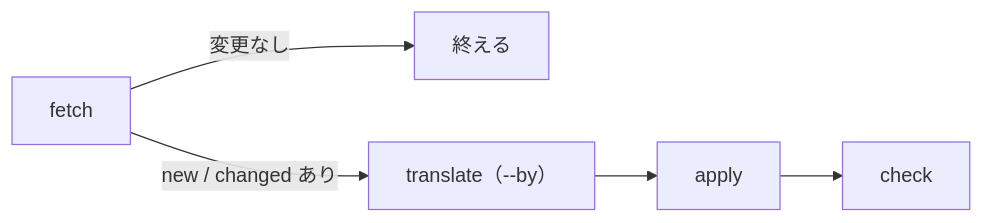
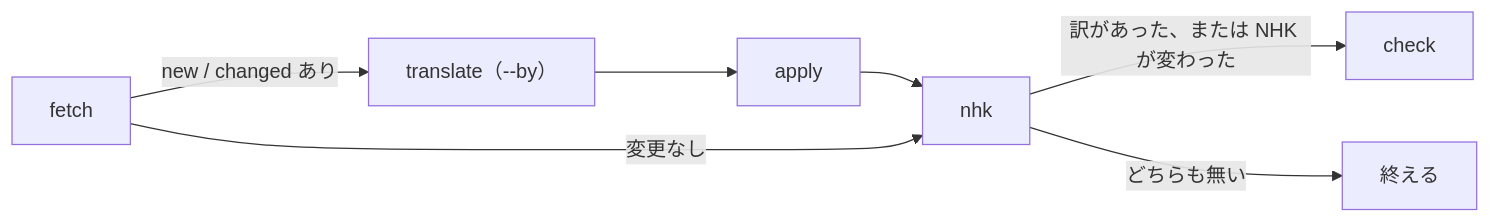
The first of 2 diagrams in docs/update-release-notes.md (ytani01/jp-long-typing), drawn with Mermaid before and after one commit. The commit also changed other lines of this file and 4 other files, not shown here.

````diff
--- a/docs/update-release-notes.md
+++ b/docs/update-release-notes.md
@@ -54,5 +54,7 @@
 ```mermaid
 flowchart LR
-  A[fetch] -->|変更なし| Z[終える]
-  A -->|new / changed あり| C["translate（--by）"] --> D[apply] --> E[check]
+  A[fetch] -->|new / changed あり| C["translate（--by）"] --> D[apply] --> N[nhk]
+  A -->|変更なし| N
+  N -->|訳があった、または NHK が変わった| E[check]
+  N -->|どちらも無い| Z[終える]
 ```
````
